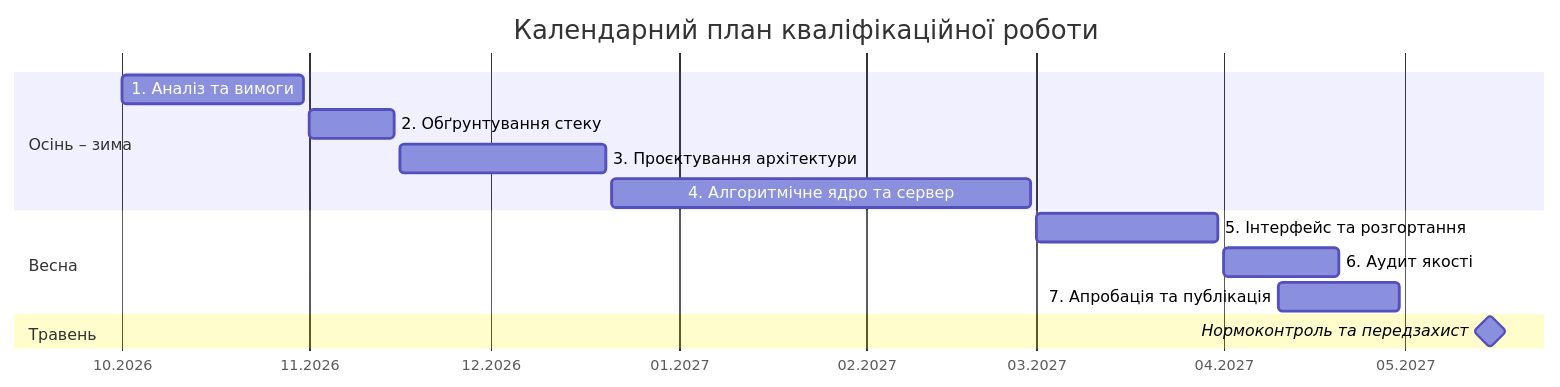
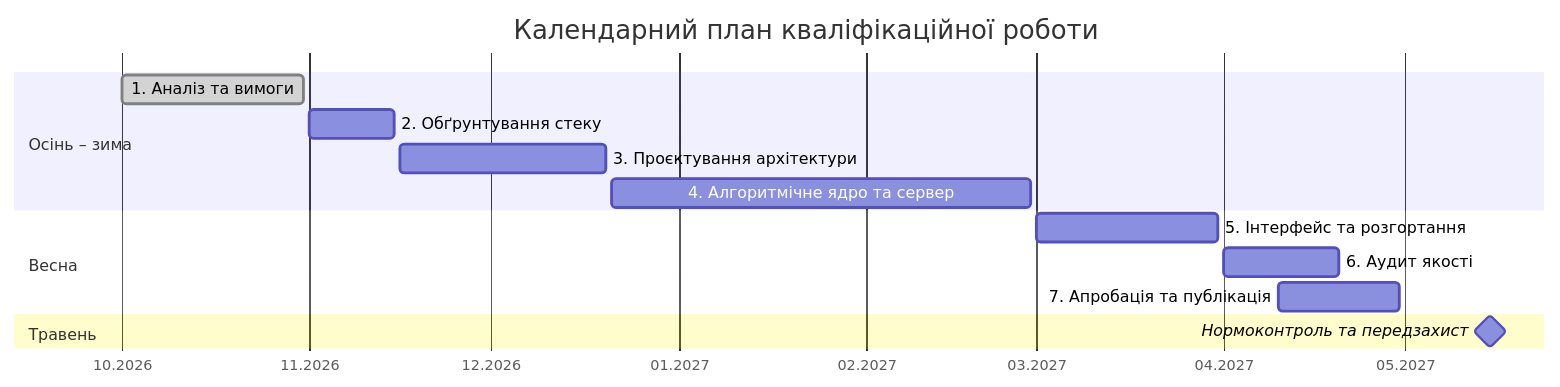
Before and after one commit to MarcoGr11/Recall: the diagram in docs/16-Календарний план.md, drawn with Mermaid. The commit also changed other lines of this file and 2 other files, not shown here.

Commit message:
docs: log lab 4 AI sessions and mark analysis stage as done

````diff
--- a/docs/16-Календарний план.md
+++ b/docs/16-Календарний план.md
@@ -15,17 +15,17 @@
 ```mermaid
 gantt
     title Календарний план кваліфікаційної роботи
     dateFormat YYYY-MM-DD
     axisFormat %m.%Y
     section Осінь – зима
-    1. Аналіз та вимоги              :s1, 2026-10-01, 2026-10-31
+    1. Аналіз та вимоги              :done, s1, 2026-10-01, 2026-10-31
     2. Обґрунтування стеку           :s2, 2026-11-01, 2026-11-15
     3. Проєктування архітектури      :s3, 2026-11-16, 2026-12-20
     4. Алгоритмічне ядро та сервер   :s4, 2026-12-21, 2027-02-28
     section Весна
     5. Інтерфейс та розгортання      :s5, 2027-03-01, 2027-03-31
     6. Аудит якості                  :s6, 2027-04-01, 2027-04-20
     7. Апробація та публікація       :s7, 2027-04-10, 2027-04-30
     section Травень
     Нормоконтроль та передзахист     :milestone, 2027-05-15, 0d
 ```
````
